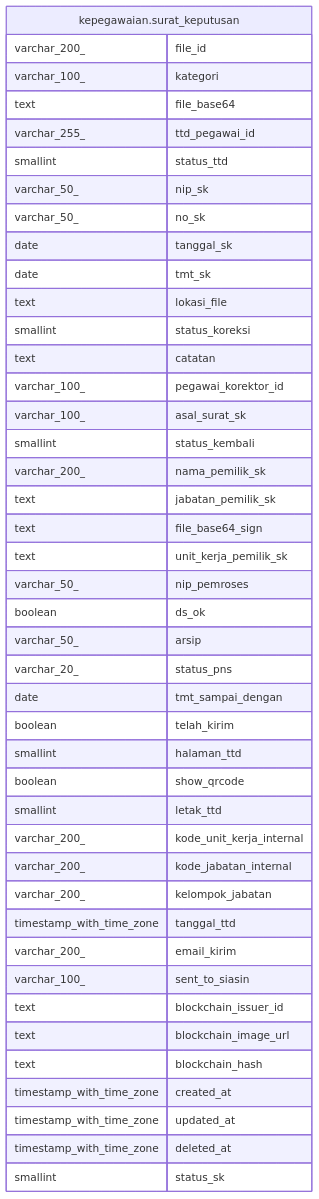
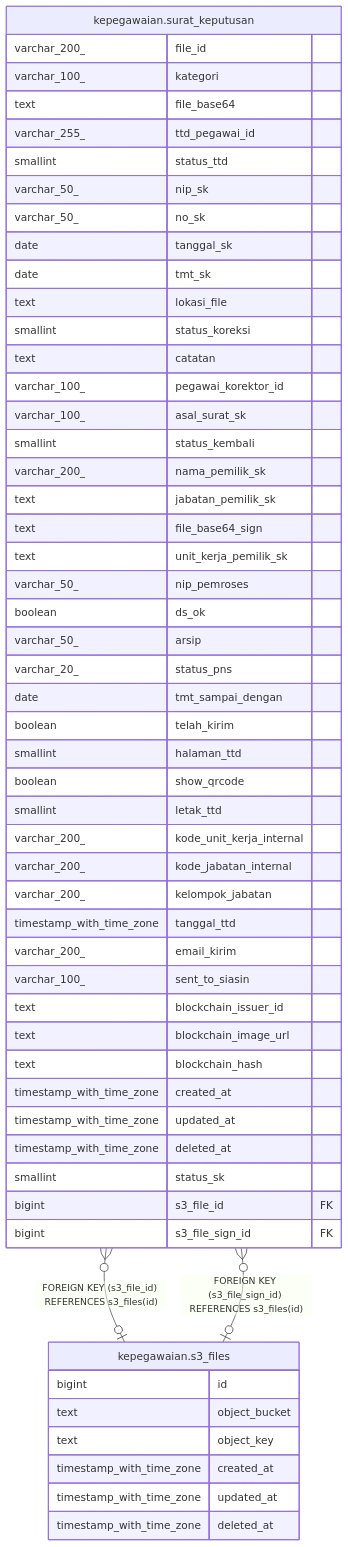
The diagram in services/kepegawaian/docs/db/kepegawaian.surat_keputusan.md (nandanugg/triforce.nvim), drawn with Mermaid before and after one commit. The commit also changed other lines of this file and 41 other files, not shown here.

````diff
--- a/services/kepegawaian/docs/db/kepegawaian.surat_keputusan.md
+++ b/services/kepegawaian/docs/db/kepegawaian.surat_keputusan.md
@@ -65,48 +69,60 @@
 ```mermaid
 erDiagram
 
+"kepegawaian.surat_keputusan" }o--o| "kepegawaian.s3_files" : "FOREIGN KEY (s3_file_id) REFERENCES s3_files(id)"
+"kepegawaian.surat_keputusan" }o--o| "kepegawaian.s3_files" : "FOREIGN KEY (s3_file_sign_id) REFERENCES s3_files(id)"
 
 "kepegawaian.surat_keputusan" {
   varchar_200_ file_id
   varchar_100_ kategori
   text file_base64
   varchar_255_ ttd_pegawai_id
   smallint status_ttd
   varchar_50_ nip_sk
   varchar_50_ no_sk
   date tanggal_sk
   date tmt_sk
   text lokasi_file
   smallint status_koreksi
   text catatan
   varchar_100_ pegawai_korektor_id
   varchar_100_ asal_surat_sk
   smallint status_kembali
   varchar_200_ nama_pemilik_sk
   text jabatan_pemilik_sk
   text file_base64_sign
   text unit_kerja_pemilik_sk
   varchar_50_ nip_pemroses
   boolean ds_ok
   varchar_50_ arsip
   varchar_20_ status_pns
   date tmt_sampai_dengan
   boolean telah_kirim
   smallint halaman_ttd
   boolean show_qrcode
   smallint letak_ttd
   varchar_200_ kode_unit_kerja_internal
   varchar_200_ kode_jabatan_internal
   varchar_200_ kelompok_jabatan
   timestamp_with_time_zone tanggal_ttd
   varchar_200_ email_kirim
   varchar_100_ sent_to_siasin
   text blockchain_issuer_id
   text blockchain_image_url
   text blockchain_hash
   timestamp_with_time_zone created_at
   timestamp_with_time_zone updated_at
   timestamp_with_time_zone deleted_at
   smallint status_sk
+  bigint s3_file_id FK
+  bigint s3_file_sign_id FK
+}
+"kepegawaian.s3_files" {
+  bigint id
+  text object_bucket
+  text object_key
+  timestamp_with_time_zone created_at
+  timestamp_with_time_zone updated_at
+  timestamp_with_time_zone deleted_at
 }
 ```
````
